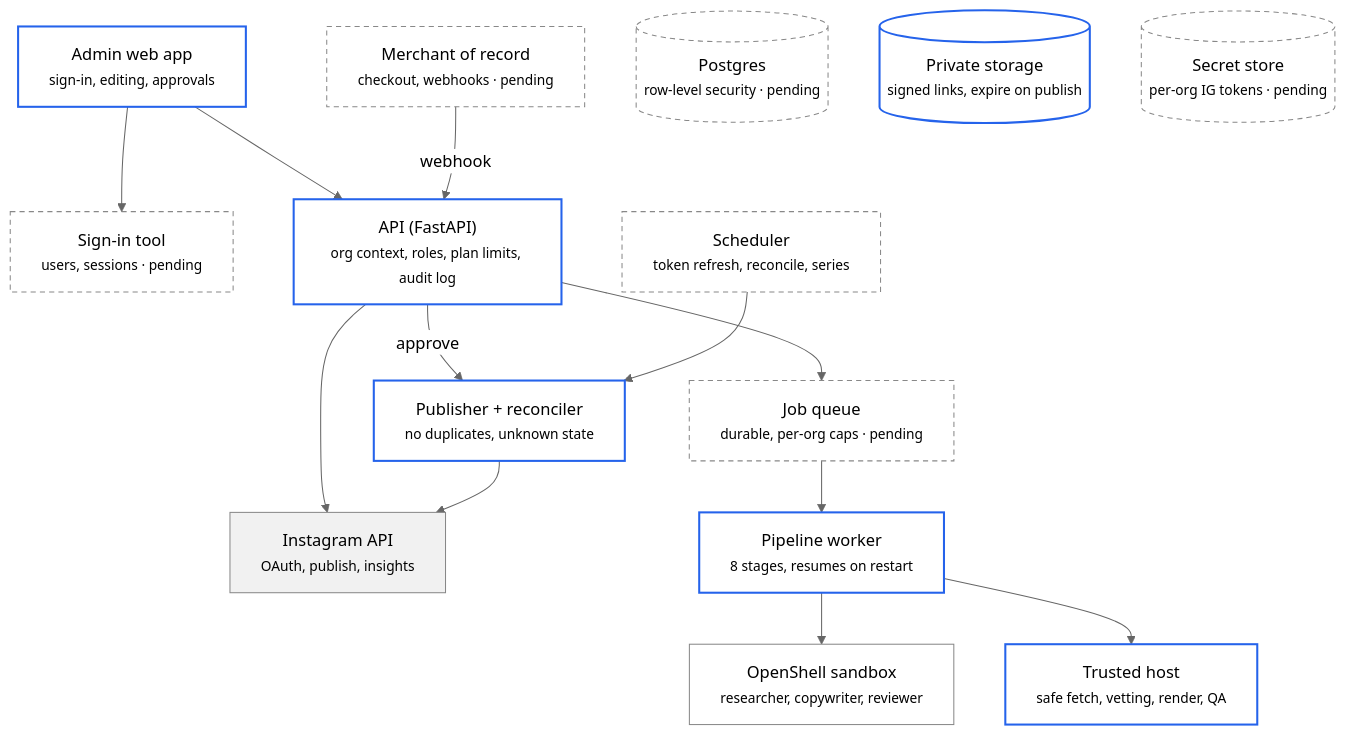
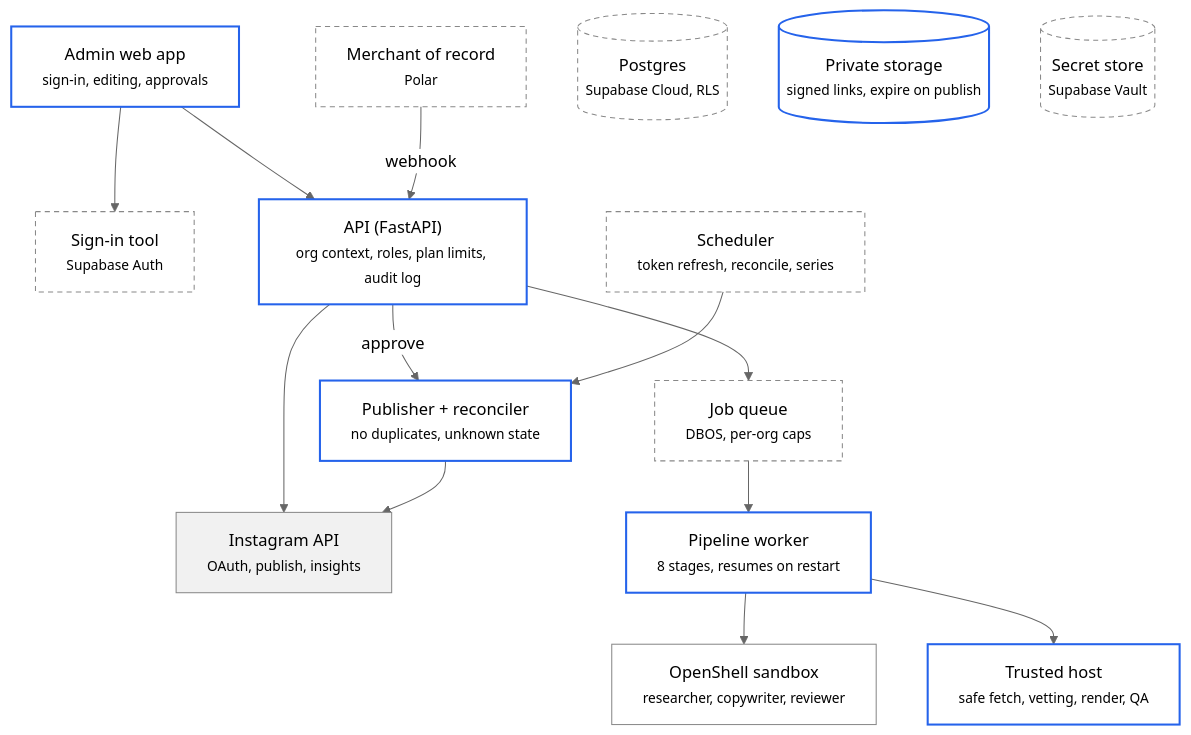
The first of 2 diagrams in docs/spec/v1.md (juyoungml/nemo-k-cards), drawn with Mermaid (neutral theme) before and after one commit. The commit also changed other lines of this file, not shown here.

Commit message:
docs: record v1 platform and scope decisions

````diff
--- a/docs/spec/v1.md
+++ b/docs/spec/v1.md
@@ -41,33 +41,33 @@
 ```mermaid
 flowchart TB
     classDef kept fill:none,stroke:#888
     classDef hardened fill:none,stroke:#2563eb,stroke-width:2px
     classDef new fill:none,stroke:#888,stroke-dasharray:5 4
     classDef external fill:#f1f1f1,stroke:#888
 
     admin["Admin web app<br/><small>sign-in, editing, approvals</small>"]:::hardened
-    signin["Sign-in tool<br/><small>users, sessions · pending</small>"]:::new
-    mor["Merchant of record<br/><small>checkout, webhooks · pending</small>"]:::new
+    signin["Sign-in tool<br/><small>Supabase Auth</small>"]:::new
+    mor["Merchant of record<br/><small>Polar</small>"]:::new
     api["API (FastAPI)<br/><small>org context, roles, plan limits, audit log</small>"]:::hardened
     ig["Instagram API<br/><small>OAuth, publish, insights</small>"]:::external
-    queue["Job queue<br/><small>durable, per-org caps · pending</small>"]:::new
+    queue["Job queue<br/><small>DBOS, per-org caps</small>"]:::new
     worker["Pipeline worker<br/><small>8 stages, resumes on restart</small>"]:::hardened
     pub["Publisher + reconciler<br/><small>no duplicates, unknown state</small>"]:::hardened
     sandbox["OpenShell sandbox<br/><small>researcher, copywriter, reviewer</small>"]:::kept
     host["Trusted host<br/><small>safe fetch, vetting, render, QA</small>"]:::hardened
     sched["Scheduler<br/><small>token refresh, reconcile, series</small>"]:::new
-    pg[("Postgres<br/><small>row-level security · pending</small>")]:::new
+    pg[("Postgres<br/><small>Supabase Cloud, RLS</small>")]:::new
     store[("Private storage<br/><small>signed links, expire on publish</small>")]:::hardened
-    secrets[("Secret store<br/><small>per-org IG tokens · pending</small>")]:::new
+    secrets[("Secret store<br/><small>Supabase Vault</small>")]:::new
 
     admin --> signin
     admin --> api
     mor -- webhook --> api
     api --> ig
     api --> queue --> worker
     api -- approve --> pub
     pub --> ig
     worker --> sandbox
     worker --> host
     sched --> pub
 ```
````
